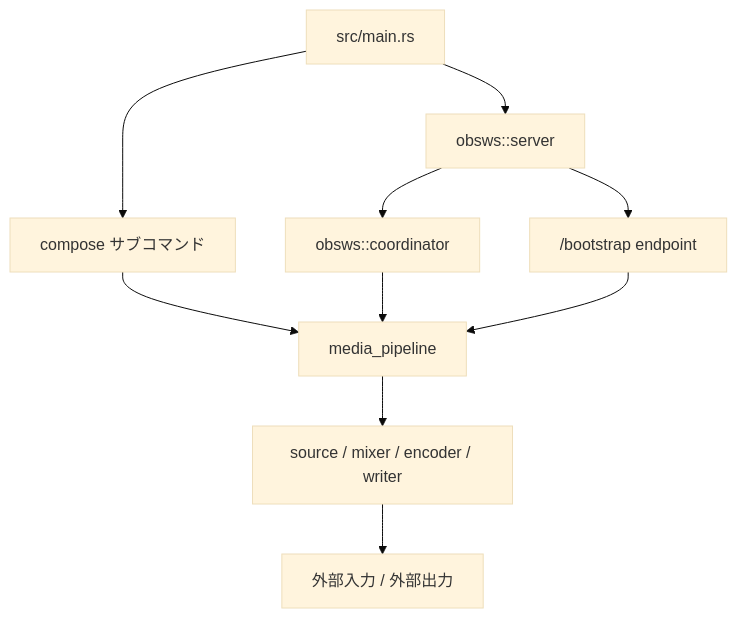
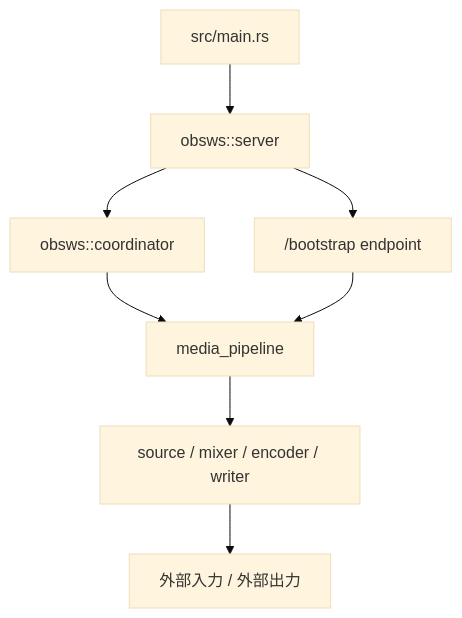
One commit to shiguredo/hisui changed the first of 2 diagrams in docs/internals/architecture_overview.md. Above: the diagram before and after it, drawn with Mermaid (base theme). The commit also changed other lines of this file and 18 other files, not shown here.

````diff
--- a/docs/internals/architecture_overview.md
+++ b/docs/internals/architecture_overview.md
@@ -28,21 +26,18 @@
 ```mermaid
 flowchart TD
     main["src/main.rs"]
-    compose["compose サブコマンド"]
     obsws_server["obsws::server"]
     obsws_coord["obsws::coordinator"]
     bootstrap["/bootstrap endpoint"]
     pipeline["media_pipeline"]
     processors["source / mixer / encoder / writer"]
     external["外部入力 / 外部出力"]
 
-    main --> compose
     main --> obsws_server
     obsws_server --> obsws_coord
     obsws_server --> bootstrap
-    compose --> pipeline
     obsws_coord --> pipeline
     bootstrap --> pipeline
     pipeline --> processors
     processors --> external
 ```
````
